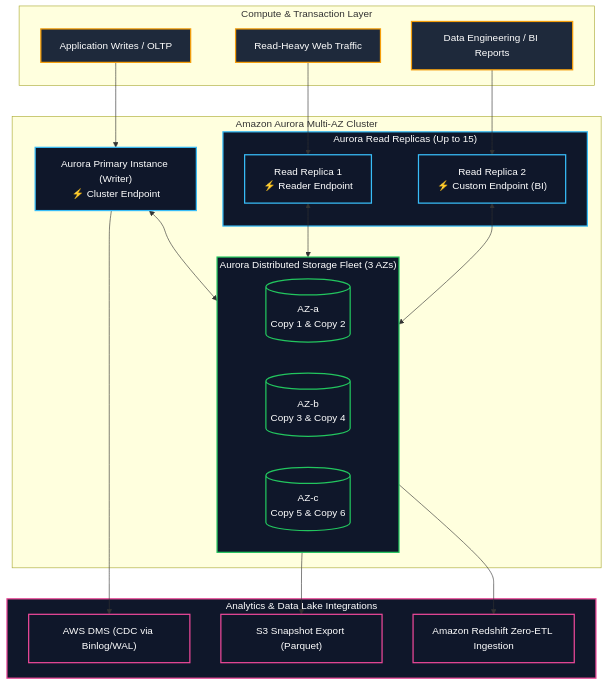
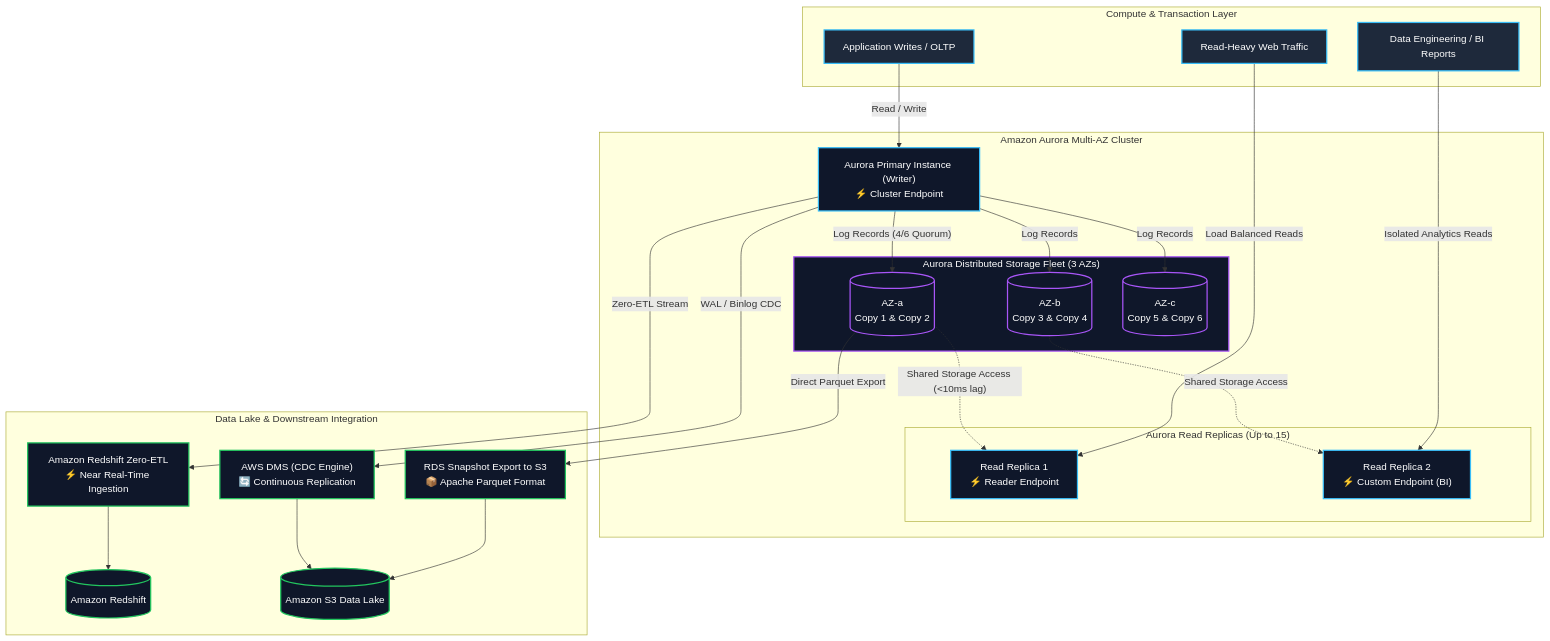
One commit to Wathon/aws-dea-c01-note changed the first of 6 diagrams in content/mm/02-services/database/rds-and-aurora.md. Above: the diagram before and after it, drawn with Mermaid. The commit also changed other lines of this file and 41 other files, not shown here.

````diff
--- a/content/mm/02-services/database/rds-and-aurora.md
+++ b/content/mm/02-services/database/rds-and-aurora.md
@@ -33,51 +40,58 @@
 ```mermaid
 graph TB
     subgraph ComputeLayer["Compute & Transaction Layer"]
         AppWrites["Application Writes / OLTP"]
         AppReads["Read-Heavy Web Traffic"]
         AnalyticsQueries["Data Engineering / BI Reports"]
     end
 
     subgraph AuroraCluster["Amazon Aurora Multi-AZ Cluster"]
         WriterNode["Aurora Primary Instance (Writer)<br/>⚡ Cluster Endpoint"]
         
         subgraph ReaderNodes["Aurora Read Replicas (Up to 15)"]
             Reader1["Read Replica 1<br/>⚡ Reader Endpoint"]
             Reader2["Read Replica 2<br/>⚡ Custom Endpoint (BI)"]
         end
         
         subgraph StorageLayer["Aurora Distributed Storage Fleet (3 AZs)"]
             AZ1[("AZ-a<br/>Copy 1 & Copy 2")]
             AZ2[("AZ-b<br/>Copy 3 & Copy 4")]
             AZ3[("AZ-c<br/>Copy 5 & Copy 6")]
         end
     end
 
-    subgraph AnalyticsExport["Analytics & Data Lake Integrations"]
-        S3Snapshot["S3 Snapshot Export (Parquet)"]
-        ZeroETL["Amazon Redshift Zero-ETL Ingestion"]
-        DMSCapture["AWS DMS (CDC via Binlog/WAL)"]
+    subgraph DataLakeDownstream["Data Lake & Downstream Integration"]
+        ZeroETL["Amazon Redshift Zero-ETL<br/>⚡ Near Real-Time Ingestion"]
+        S3Export["RDS Snapshot Export to S3<br/>📦 Apache Parquet Format"]
+        DMS["AWS DMS (CDC Engine)<br/>🔄 Continuous Replication"]
+        RedshiftDW[("Amazon Redshift")]
+        S3Lake[("Amazon S3 Data Lake")]
     end
 
-    AppWrites --> WriterNode
-    AppReads --> Reader1
-    AnalyticsQueries --> Reader2
+    AppWrites -->|"Read / Write"| WriterNode
+    AppReads -->|"Load Balanced Reads"| Reader1
+    AnalyticsQueries -->|"Isolated Analytics Reads"| Reader2
 
-    WriterNode <--> StorageLayer
-    Reader1 <--> StorageLayer
-    Reader2 <--> StorageLayer
+    WriterNode -->|"Log Records (4/6 Quorum)"| AZ1
+    WriterNode -->|"Log Records"| AZ2
+    WriterNode -->|"Log Records"| AZ3
+    AZ1 -.->|"Shared Storage Access (<10ms lag)"| Reader1
+    AZ2 -.->|"Shared Storage Access"| Reader2
 
-    StorageLayer --> S3Snapshot
-    StorageLayer --> ZeroETL
-    WriterNode --> DMSCapture
+    WriterNode -->|"Zero-ETL Stream"| ZeroETL
+    ZeroETL --> RedshiftDW
+    AZ1 -->|"Direct Parquet Export"| S3Export
+    S3Export --> S3Lake
+    WriterNode -->|"WAL / Binlog CDC"| DMS
+    DMS --> S3Lake
 
-    classDef client fill:#1e293b,stroke:#f59e0b,stroke-width:2px,color:#fff;
+    classDef compute fill:#1e293b,stroke:#38bdf8,stroke-width:2px,color:#fff;
     classDef aurora fill:#0f172a,stroke:#38bdf8,stroke-width:2px,color:#fff;
-    classDef store fill:#0f172a,stroke:#22c55e,stroke-width:2px,color:#fff;
-    classDef ana fill:#0f172a,stroke:#ec4899,stroke-width:2px,color:#fff;
+    classDef storage fill:#0f172a,stroke:#a855f7,stroke-width:2px,color:#fff;
+    classDef down fill:#0f172a,stroke:#22c55e,stroke-width:2px,color:#fff;
 
-    class AppWrites,AppReads,AnalyticsQueries client;
-    class WriterNode,ReaderNodes,Reader1,Reader2 aurora;
-    class StorageLayer,AZ1,AZ2,AZ3 store;
-    class AnalyticsExport,S3Snapshot,ZeroETL,DMSCapture ana;
+    class AppWrites,AppReads,AnalyticsQueries compute;
+    class WriterNode,Reader1,Reader2 aurora;
+    class AZ1,AZ2,AZ3,StorageLayer storage;
+    class ZeroETL,S3Export,DMS,RedshiftDW,S3Lake down;
 ```
````
